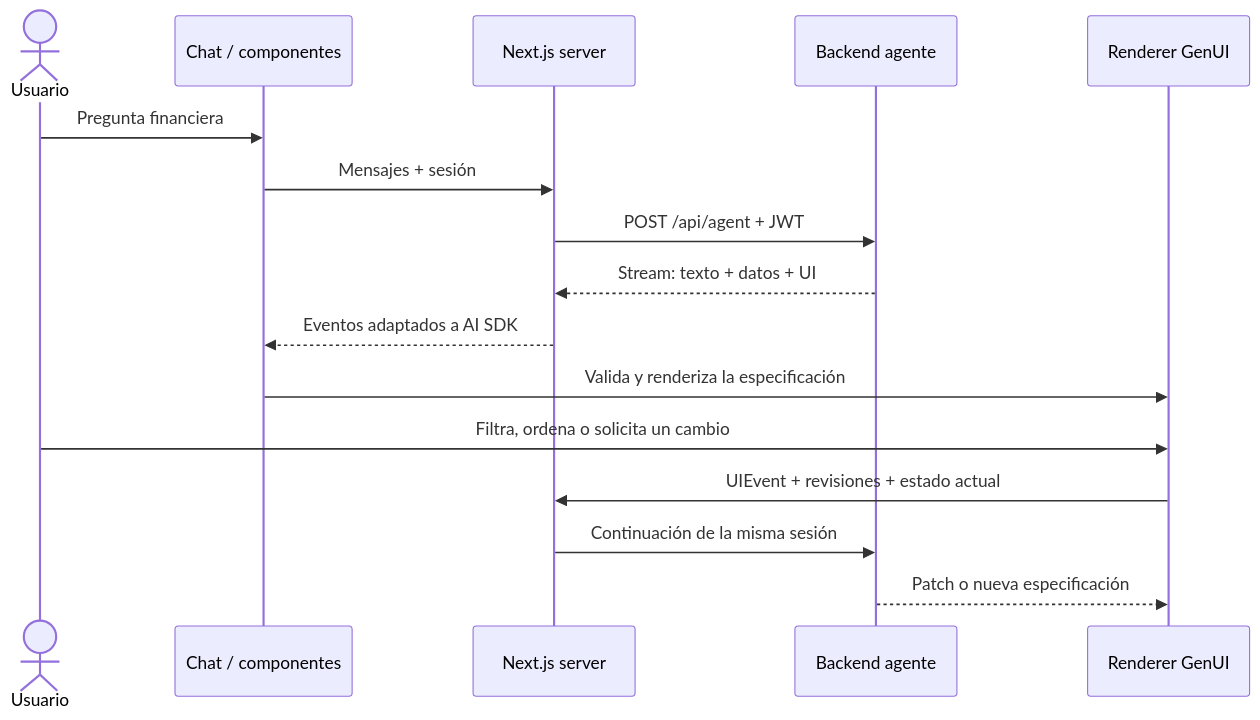
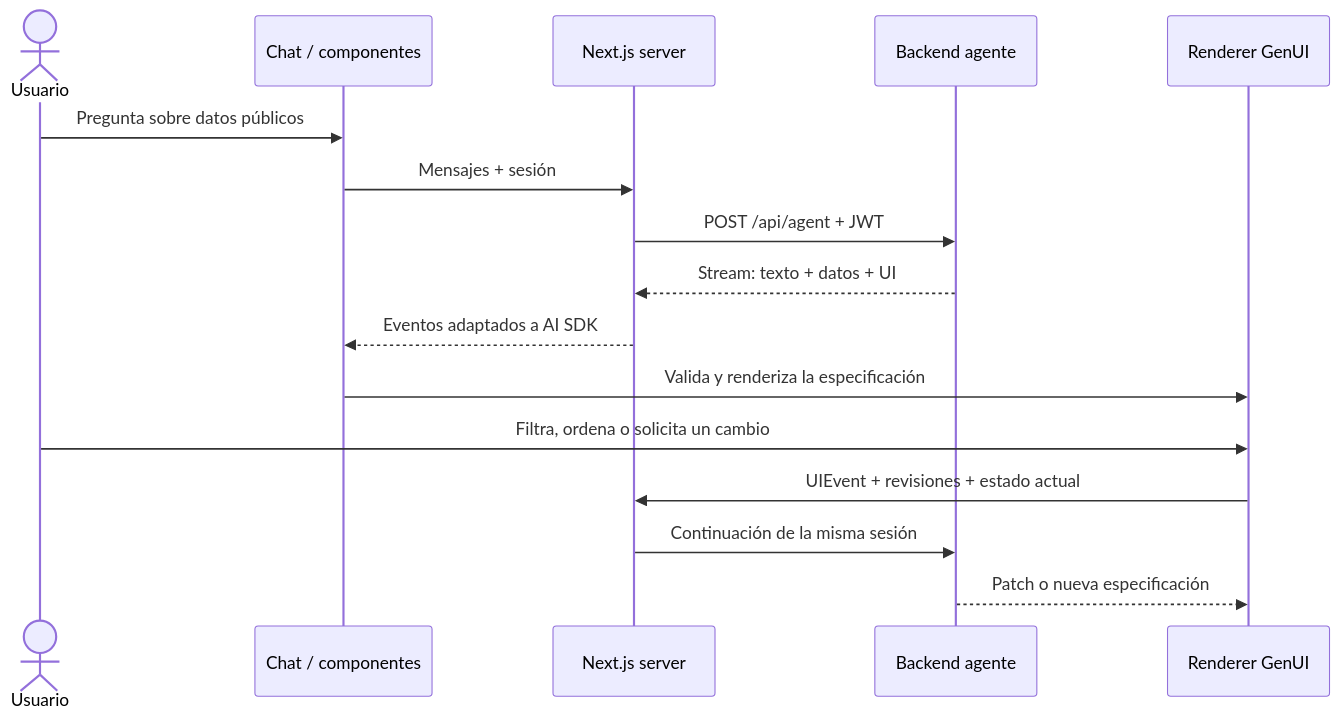
Before and after one commit to Hydra115-code/Ine-hacktoon: the second of 3 diagrams in README.md, drawn with Mermaid. The commit also changed other lines of this file and 110 other files, not shown here.

````diff
--- a/README.md
+++ b/README.md
@@ -42,19 +42,19 @@
 ```mermaid
 sequenceDiagram
     actor Usuario
     participant Chat as Chat / componentes
     participant Next as Next.js server
     participant Agent as Backend agente
     participant UI as Renderer GenUI
 
-    Usuario->>Chat: Pregunta financiera
+    Usuario->>Chat: Pregunta sobre datos públicos
     Chat->>Next: Mensajes + sesión
     Next->>Agent: POST /api/agent + JWT
     Agent-->>Next: Stream: texto + datos + UI
     Next-->>Chat: Eventos adaptados a AI SDK
     Chat->>UI: Valida y renderiza la especificación
     Usuario->>UI: Filtra, ordena o solicita un cambio
     UI->>Next: UIEvent + revisiones + estado actual
     Next->>Agent: Continuación de la misma sesión
     Agent-->>UI: Patch o nueva especificación
 ```
````
